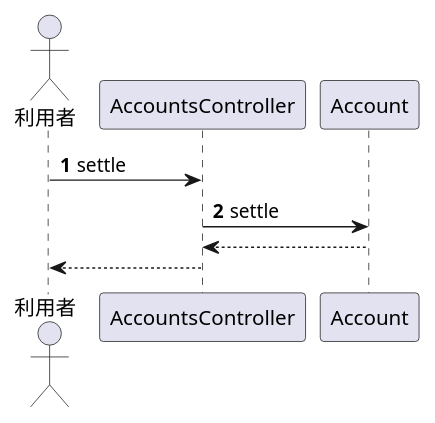
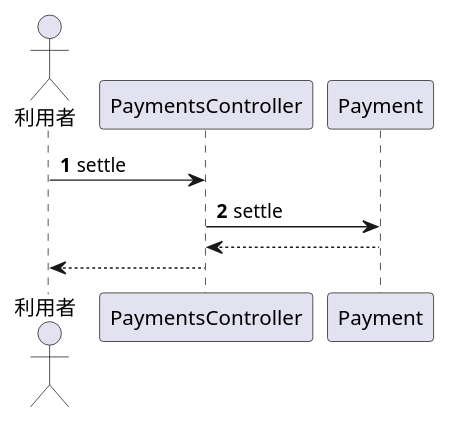
Before and after one commit to Leonis0813/chort: the eighth of 8 diagrams in algieba/sphinx/internal.rst, drawn with PlantUML. The commit also changed other lines of this file and 2 other files, not shown here.

```diff
--- a/algieba/sphinx/internal.rst
+++ b/algieba/sphinx/internal.rst
@@ -330,11 +330,11 @@
 .. uml::
 
    autonumber
 
    actor 利用者
-   利用者 -> AccountsController : settle
-   AccountsController -> Account : settle
+   利用者 -> PaymentsController : settle
+   PaymentsController -> Payment : settle
 
    autonumber stop
-   Account --> AccountsController
-   AccountsController --> 利用者
+   Payment --> PaymentsController
+   PaymentsController --> 利用者
```
